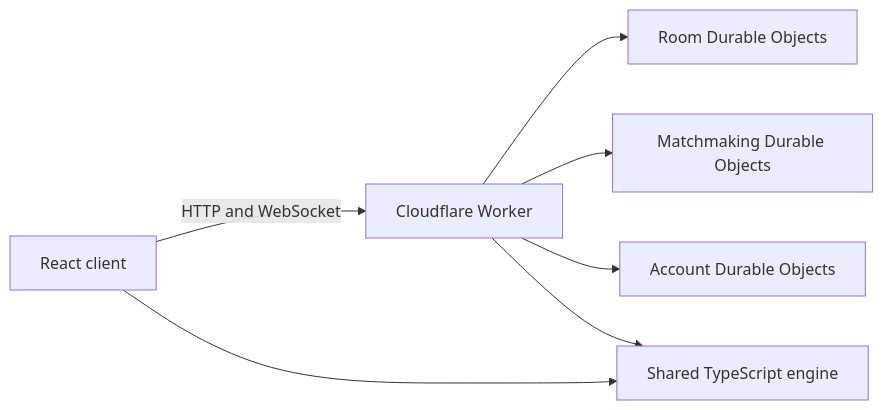
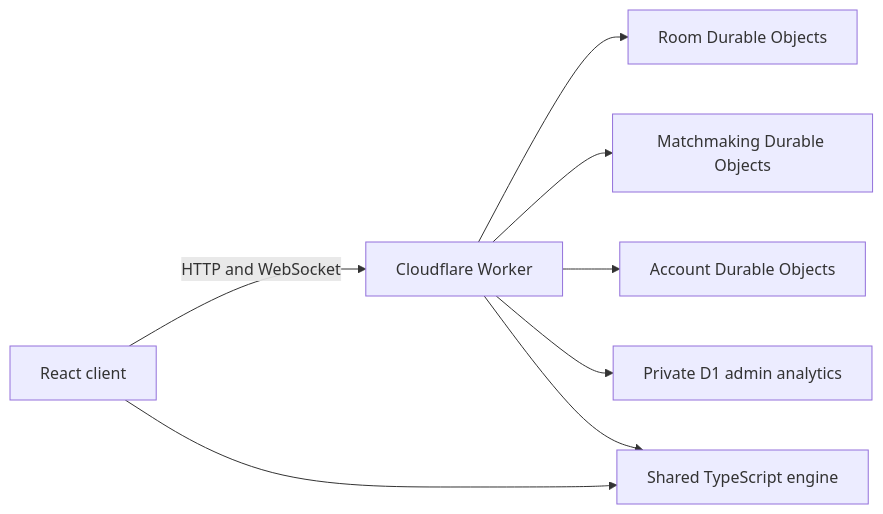
Before and after one commit to tutur787/Your-Five: the diagram in README.md, drawn with Mermaid. The commit also changed other lines of this file and 15 other files, not shown here.

First line of the commit message:
Add admin analytics dashboard and related functionality

````diff
--- a/README.md
+++ b/README.md
@@ -30,9 +30,10 @@
 ```mermaid
 flowchart LR
   Browser["React client"] -->|HTTP and WebSocket| Worker["Cloudflare Worker"]
   Worker --> Rooms["Room Durable Objects"]
   Worker --> Queue["Matchmaking Durable Objects"]
   Worker --> Accounts["Account Durable Objects"]
+  Worker --> Analytics["Private D1 admin analytics"]
   Browser --> Shared["Shared TypeScript engine"]
   Worker --> Shared
 ```
````
